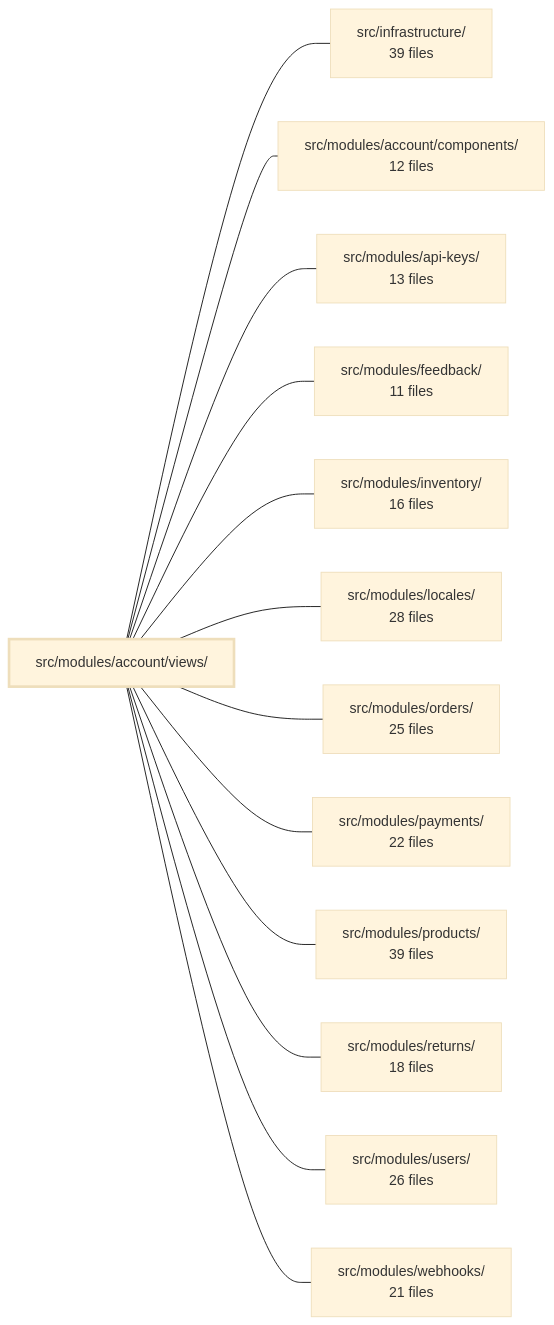
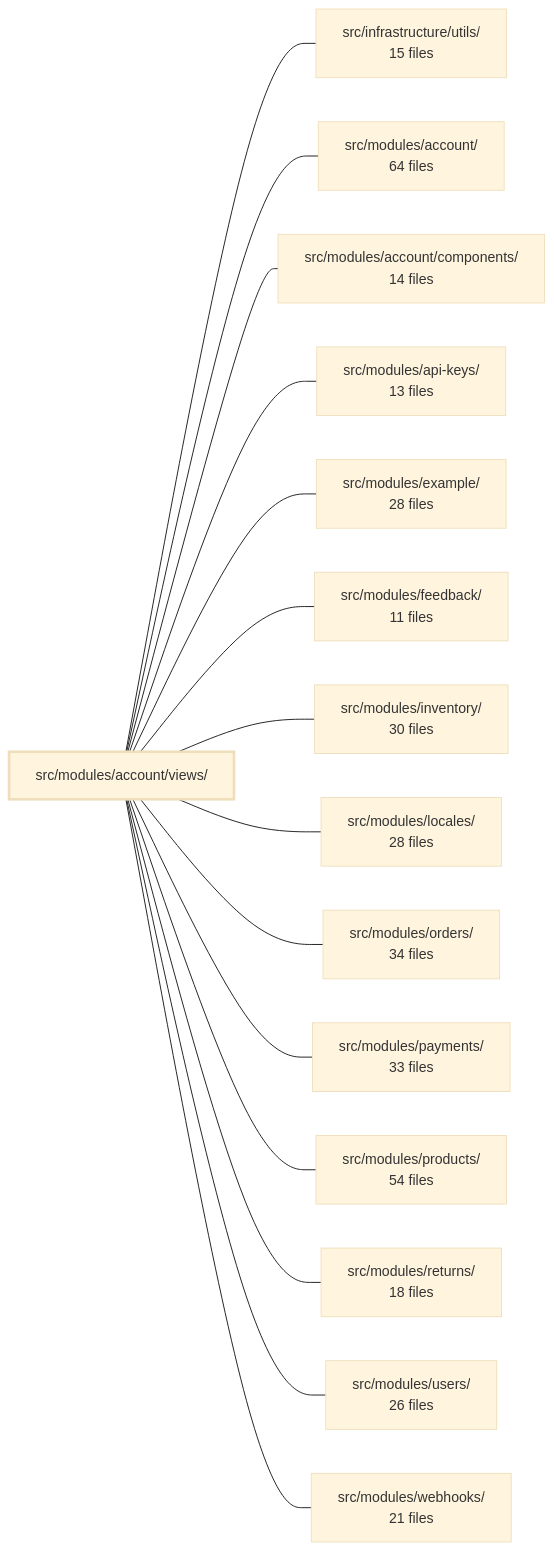
Before and after one commit to Guebbit/boilerplate-vue-frontend: the diagram in .2brain/modules/boilerplate-vue-frontend_src_modules_account_views.md, drawn with Mermaid (base theme). The commit also changed other lines of this file and 960 other files, not shown here.

````diff
--- a/.2brain/modules/boilerplate-vue-frontend_src_modules_account_views.md
+++ b/.2brain/modules/boilerplate-vue-frontend_src_modules_account_views.md
@@ -38,29 +36,33 @@
 ```mermaid
 flowchart LR
     m_src_modules_account_views["src/modules/account/views/"]
-    m_src_infrastructure["src/infrastructure/<br/>39 files"]
-    m_src_modules_account_components["src/modules/account/components/<br/>12 files"]
+    m_src_infrastructure_utils["src/infrastructure/utils/<br/>15 files"]
+    m_src_modules_account["src/modules/account/<br/>64 files"]
+    m_src_modules_account_components["src/modules/account/components/<br/>14 files"]
     m_src_modules_api_keys["src/modules/api-keys/<br/>13 files"]
+    m_src_modules_example["src/modules/example/<br/>28 files"]
     m_src_modules_feedback["src/modules/feedback/<br/>11 files"]
-    m_src_modules_inventory["src/modules/inventory/<br/>16 files"]
+    m_src_modules_inventory["src/modules/inventory/<br/>30 files"]
     m_src_modules_locales["src/modules/locales/<br/>28 files"]
-    m_src_modules_orders["src/modules/orders/<br/>25 files"]
-    m_src_modules_payments["src/modules/payments/<br/>22 files"]
-    m_src_modules_products["src/modules/products/<br/>39 files"]
+    m_src_modules_orders["src/modules/orders/<br/>34 files"]
+    m_src_modules_payments["src/modules/payments/<br/>33 files"]
+    m_src_modules_products["src/modules/products/<br/>54 files"]
     m_src_modules_returns["src/modules/returns/<br/>18 files"]
     m_src_modules_users["src/modules/users/<br/>26 files"]
     m_src_modules_webhooks["src/modules/webhooks/<br/>21 files"]
-    m_src_modules_account_views --- m_src_infrastructure
+    m_src_modules_account_views --- m_src_infrastructure_utils
+    m_src_modules_account_views --- m_src_modules_account
     m_src_modules_account_views --- m_src_modules_account_components
     m_src_modules_account_views --- m_src_modules_api_keys
+    m_src_modules_account_views --- m_src_modules_example
     m_src_modules_account_views --- m_src_modules_feedback
     m_src_modules_account_views --- m_src_modules_inventory
     m_src_modules_account_views --- m_src_modules_locales
     m_src_modules_account_views --- m_src_modules_orders
     m_src_modules_account_views --- m_src_modules_payments
     m_src_modules_account_views --- m_src_modules_products
     m_src_modules_account_views --- m_src_modules_returns
     m_src_modules_account_views --- m_src_modules_users
     m_src_modules_account_views --- m_src_modules_webhooks
     style m_src_modules_account_views stroke-width:3px
 ```
````
